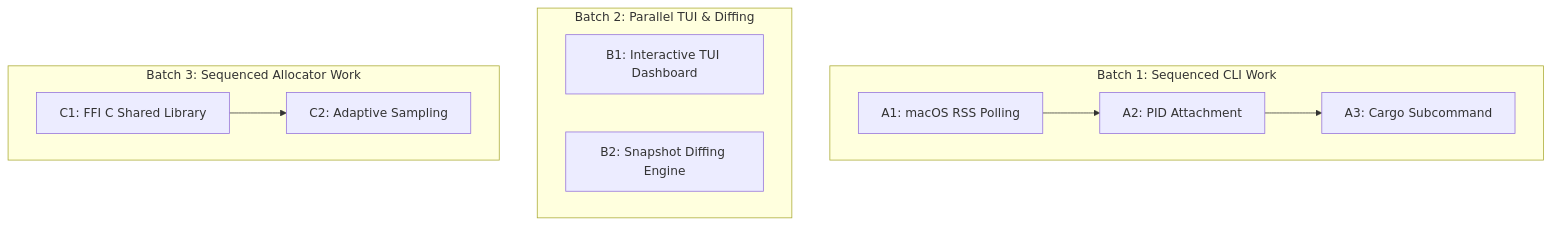
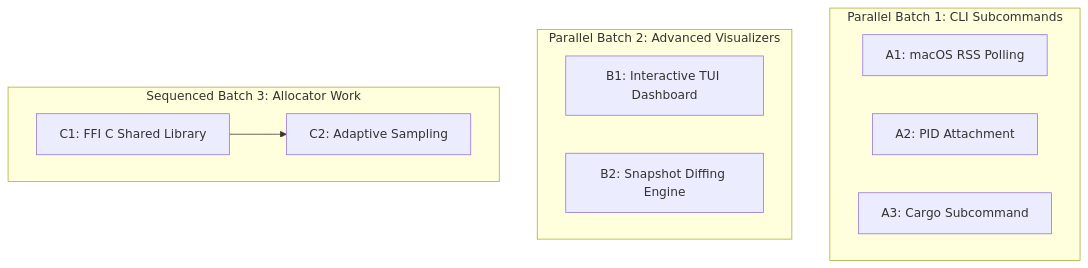
One commit to Kolajy/mem-profile changed the diagram in docs/proposed_features_roadmap.md. Above: the diagram before and after it, drawn with Mermaid. The commit also changed other lines of this file, not shown here.

Commit message:
Update docs/proposed_features_roadmap.md to reflect parallel CLI subcommands

````diff
--- a/docs/proposed_features_roadmap.md
+++ b/docs/proposed_features_roadmap.md
@@ -9,16 +11,17 @@
 ```mermaid
 graph TD
-    subgraph Batch 1: Sequenced CLI Work
-        A1[A1: macOS RSS Polling] --> A2[A2: PID Attachment]
-        A2 --> A3[A3: Cargo Subcommand]
+    subgraph Parallel Batch 1: CLI Subcommands
+        A1[A1: macOS RSS Polling]
+        A2[A2: PID Attachment]
+        A3[A3: Cargo Subcommand]
     end
 
-    subgraph Batch 2: Parallel TUI & Diffing
+    subgraph Parallel Batch 2: Advanced Visualizers
         B1[B1: Interactive TUI Dashboard]
         B2[B2: Snapshot Diffing Engine]
     end
 
-    subgraph Batch 3: Sequenced Allocator Work
+    subgraph Sequenced Batch 3: Allocator Work
         C1[C1: FFI C Shared Library] --> C2[C2: Adaptive Sampling]
     end
 ```
````
